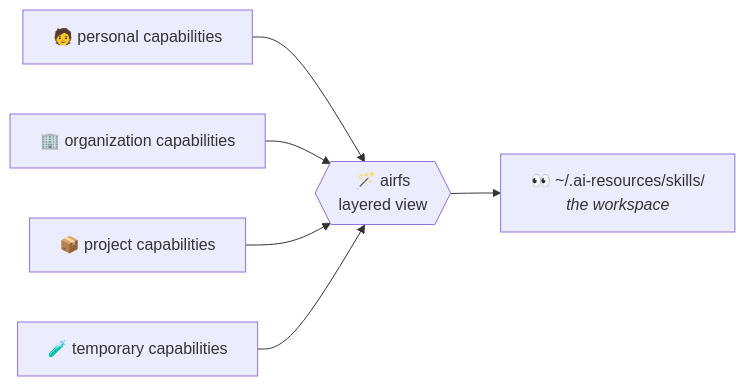
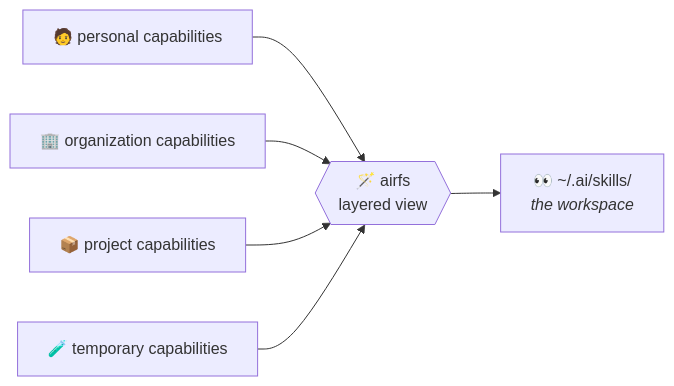
The first of 2 diagrams in README.md (sylvanld/airfs), drawn with Mermaid before and after one commit. The commit also changed other lines of this file and 10 other files, not shown here.

````diff
--- a/README.md
+++ b/README.md
@@ -33,15 +33,15 @@
 ```mermaid
 flowchart LR
     A["🧑 personal capabilities"]
     B["🏢 organization capabilities"]
     C["📦 project capabilities"]
     D["🧪 temporary capabilities"]
     M{{"🪄 airfs<br/>layered view"}}
-    V["👀 ~/.ai-resources/skills/<br/><i>the workspace</i>"]
+    V["👀 ~/.ai/skills/<br/><i>the workspace</i>"]
 
     A --> M
     B --> M
     C --> M
     D --> M
     M --> V
 ```
````
